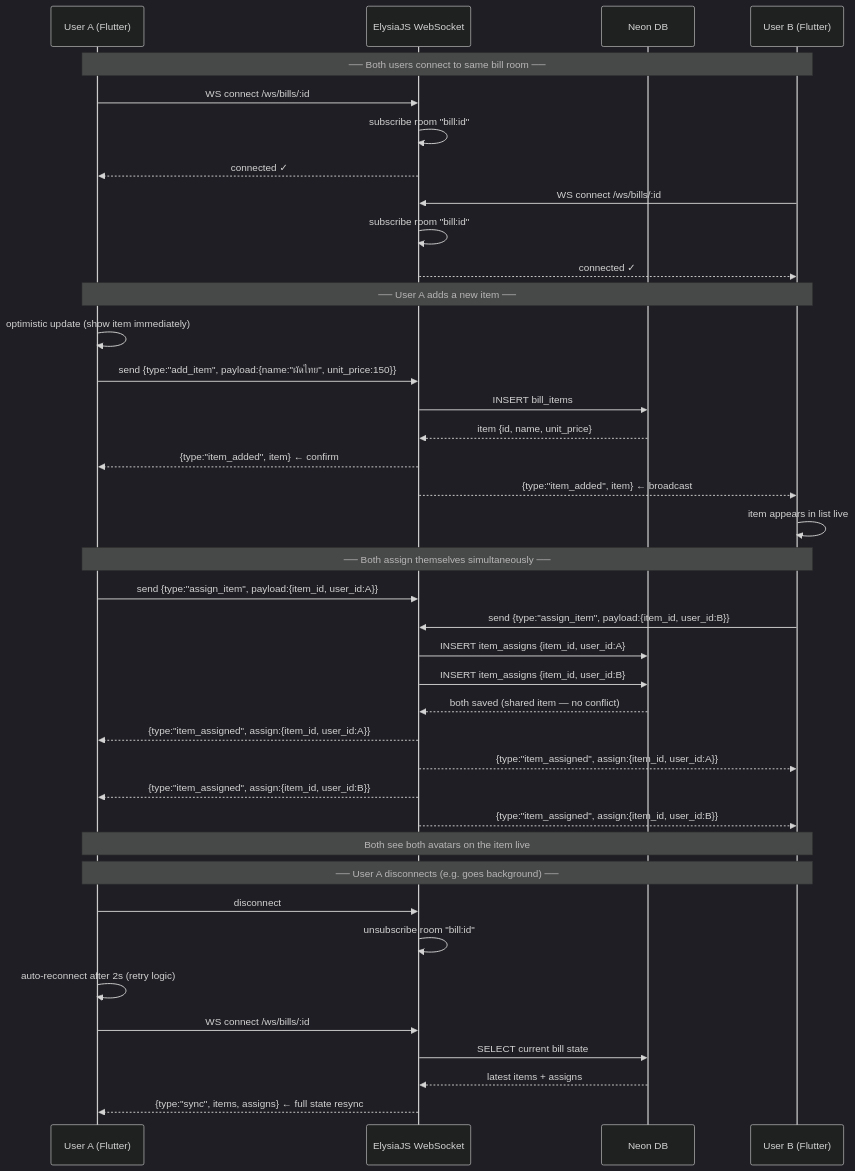
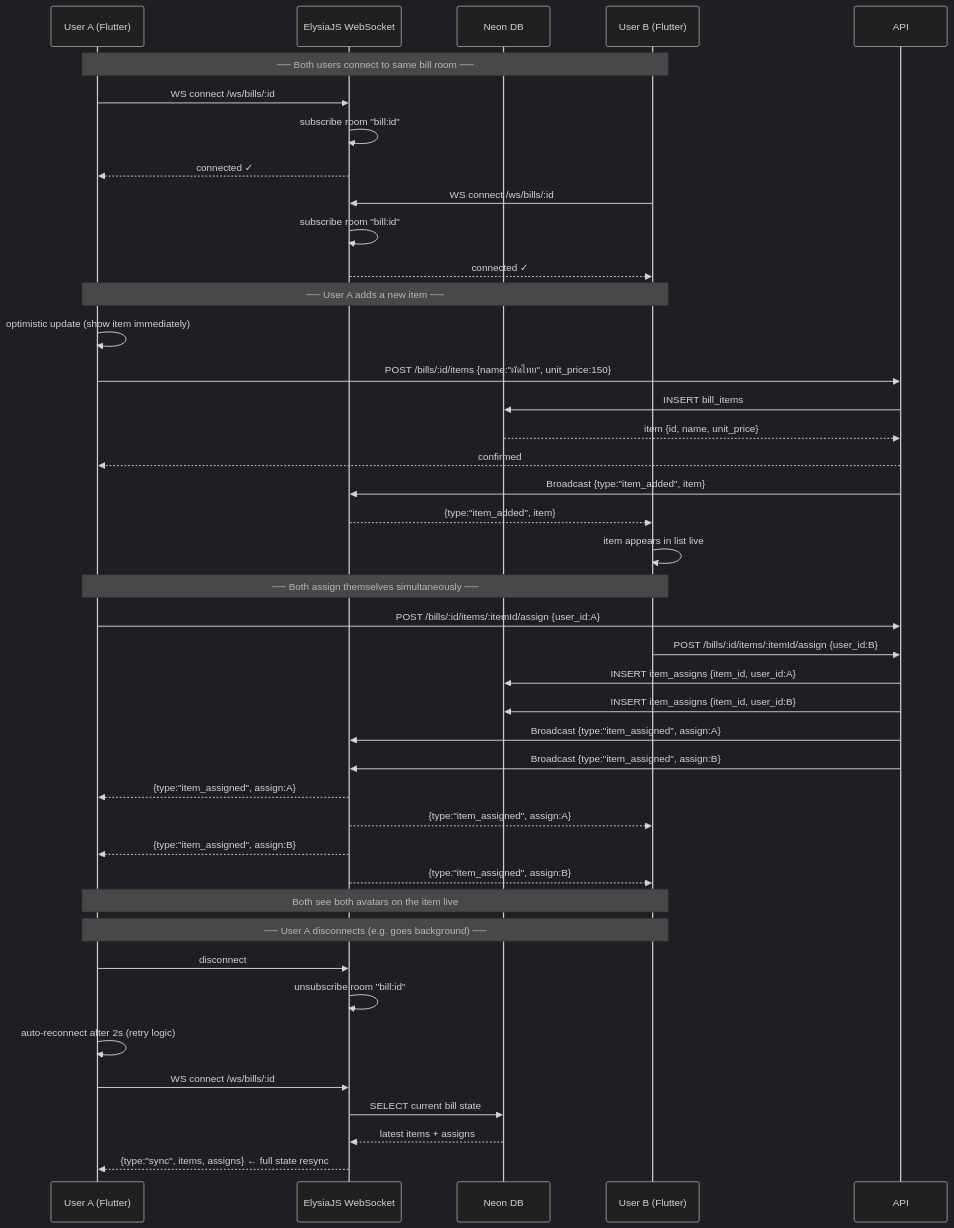
The diagram in docs/05_realtime_assign_flow.mermaid (TunyatapVich/cs356_billgang_project), drawn with Mermaid (dark theme) before and after one commit. The commit also changed 9 other files, not shown here.

Commit message:
refactor: transition to API-based item operations, update flow documentation, and add cache invalidation for bills on auth state changes

```diff
--- a/docs/05_realtime_assign_flow.mermaid
+++ b/docs/05_realtime_assign_flow.mermaid
@@ -1,51 +1,54 @@
 sequenceDiagram
     participant UA as User A (Flutter)
     participant WS as ElysiaJS WebSocket
     participant DB as Neon DB
     participant UB as User B (Flutter)
 
     Note over UA,UB: ── Both users connect to same bill room ──
 
     UA->>WS: WS connect /ws/bills/:id
     WS->>WS: subscribe room "bill:id"
     WS-->>UA: connected ✓
 
     UB->>WS: WS connect /ws/bills/:id
     WS->>WS: subscribe room "bill:id"
     WS-->>UB: connected ✓
 
     Note over UA,UB: ── User A adds a new item ──
 
     UA->>UA: optimistic update (show item immediately)
-    UA->>WS: send {type:"add_item", payload:{name:"ผัดไทย", unit_price:150}}
-    WS->>DB: INSERT bill_items
-    DB-->>WS: item {id, name, unit_price}
-    WS-->>UA: {type:"item_added", item} ← confirm
-    WS-->>UB: {type:"item_added", item} ← broadcast
+    UA->>API: POST /bills/:id/items {name:"ผัดไทย", unit_price:150}
+    API->>DB: INSERT bill_items
+    DB-->>API: item {id, name, unit_price}
+    API-->>UA: confirmed
+    API->>WS: Broadcast {type:"item_added", item}
+    WS-->>UB: {type:"item_added", item}
     UB->>UB: item appears in list live
 
     Note over UA,UB: ── Both assign themselves simultaneously ──
 
-    UA->>WS: send {type:"assign_item", payload:{item_id, user_id:A}}
-    UB->>WS: send {type:"assign_item", payload:{item_id, user_id:B}}
+    UA->>API: POST /bills/:id/items/:itemId/assign {user_id:A}
+    UB->>API: POST /bills/:id/items/:itemId/assign {user_id:B}
 
-    WS->>DB: INSERT item_assigns {item_id, user_id:A}
-    WS->>DB: INSERT item_assigns {item_id, user_id:B}
-    DB-->>WS: both saved (shared item — no conflict)
+    API->>DB: INSERT item_assigns {item_id, user_id:A}
+    API->>DB: INSERT item_assigns {item_id, user_id:B}
 
-    WS-->>UA: {type:"item_assigned", assign:{item_id, user_id:A}}
-    WS-->>UB: {type:"item_assigned", assign:{item_id, user_id:A}}
-    WS-->>UA: {type:"item_assigned", assign:{item_id, user_id:B}}
-    WS-->>UB: {type:"item_assigned", assign:{item_id, user_id:B}}
+    API->>WS: Broadcast {type:"item_assigned", assign:A}
+    API->>WS: Broadcast {type:"item_assigned", assign:B}
+
+    WS-->>UA: {type:"item_assigned", assign:A}
+    WS-->>UB: {type:"item_assigned", assign:A}
+    WS-->>UA: {type:"item_assigned", assign:B}
+    WS-->>UB: {type:"item_assigned", assign:B}
 
     Note over UA,UB: Both see both avatars on the item live
 
     Note over UA,UB: ── User A disconnects (e.g. goes background) ──
 
     UA->>WS: disconnect
     WS->>WS: unsubscribe room "bill:id"
     UA->>UA: auto-reconnect after 2s (retry logic)
     UA->>WS: WS connect /ws/bills/:id
     WS->>DB: SELECT current bill state
     DB-->>WS: latest items + assigns
     WS-->>UA: {type:"sync", items, assigns} ← full state resync
```
